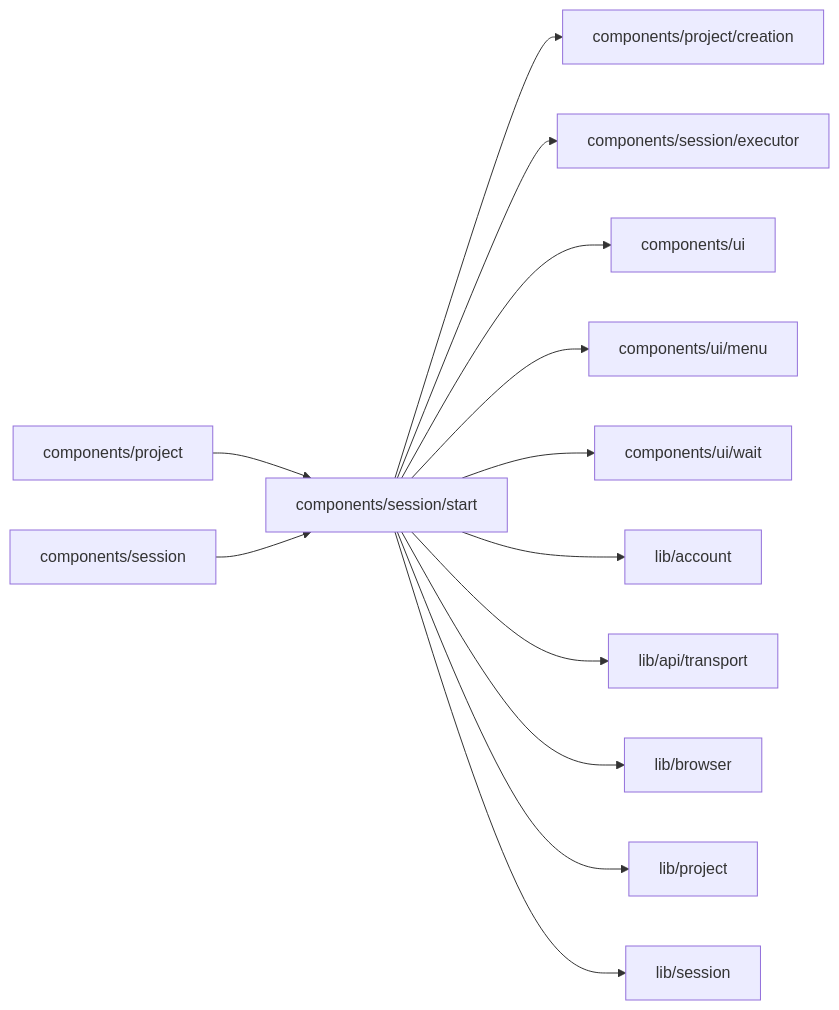
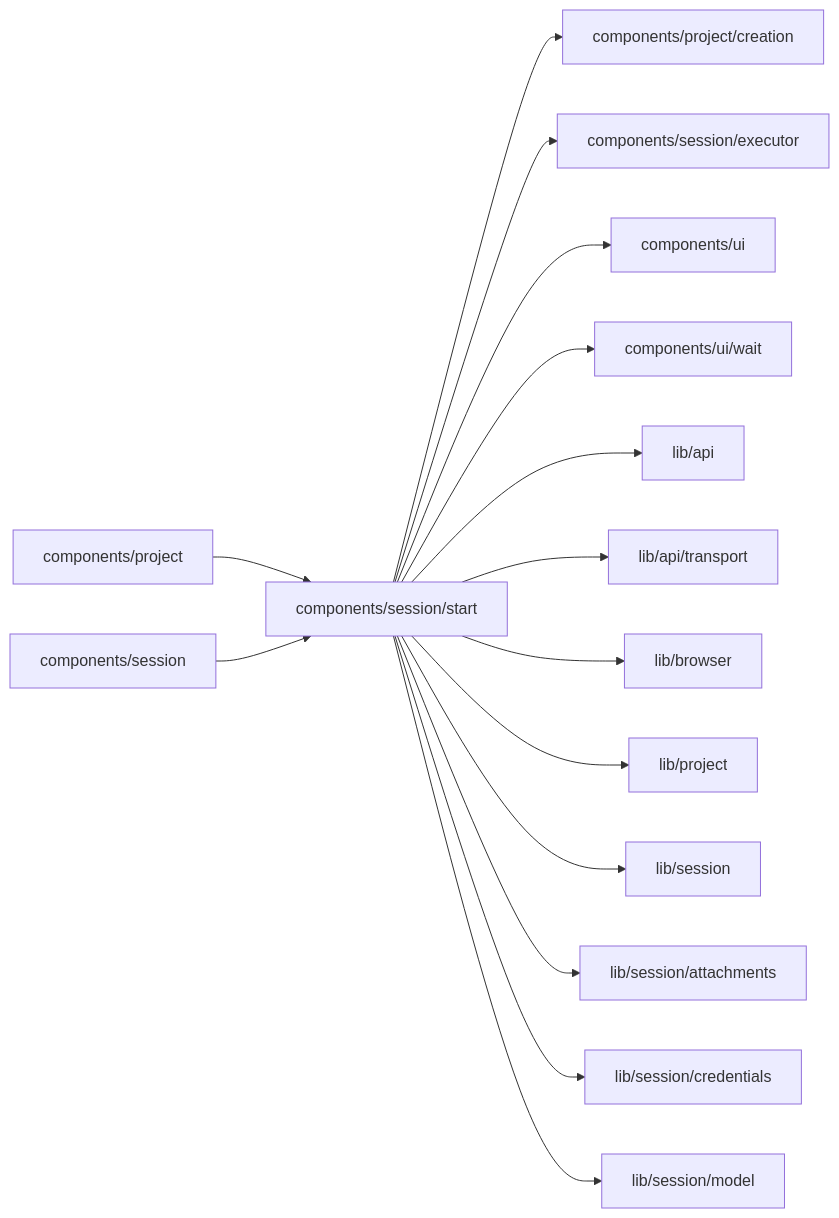
The diagram in web/studio/components/session/start/README.md (superdurable/superverse), drawn with Mermaid before and after one commit. The commit also changed other lines of this file and 30 other files, not shown here.

````diff
--- a/web/studio/components/session/start/README.md
+++ b/web/studio/components/session/start/README.md
@@ -10,16 +10,18 @@
 ```mermaid
 flowchart LR
   self["components/session/start"]
   c0["components/project"] --> self
   c1["components/session"] --> self
   self --> d0["components/project/creation"]
   self --> d1["components/session/executor"]
   self --> d2["components/ui"]
-  self --> d3["components/ui/menu"]
-  self --> d4["components/ui/wait"]
-  self --> d5["lib/account"]
-  self --> d6["lib/api/transport"]
-  self --> d7["lib/browser"]
-  self --> d8["lib/project"]
-  self --> d9["lib/session"]
+  self --> d3["components/ui/wait"]
+  self --> d4["lib/api"]
+  self --> d5["lib/api/transport"]
+  self --> d6["lib/browser"]
+  self --> d7["lib/project"]
+  self --> d8["lib/session"]
+  self --> d9["lib/session/attachments"]
+  self --> d10["lib/session/credentials"]
+  self --> d11["lib/session/model"]
 ```
````
